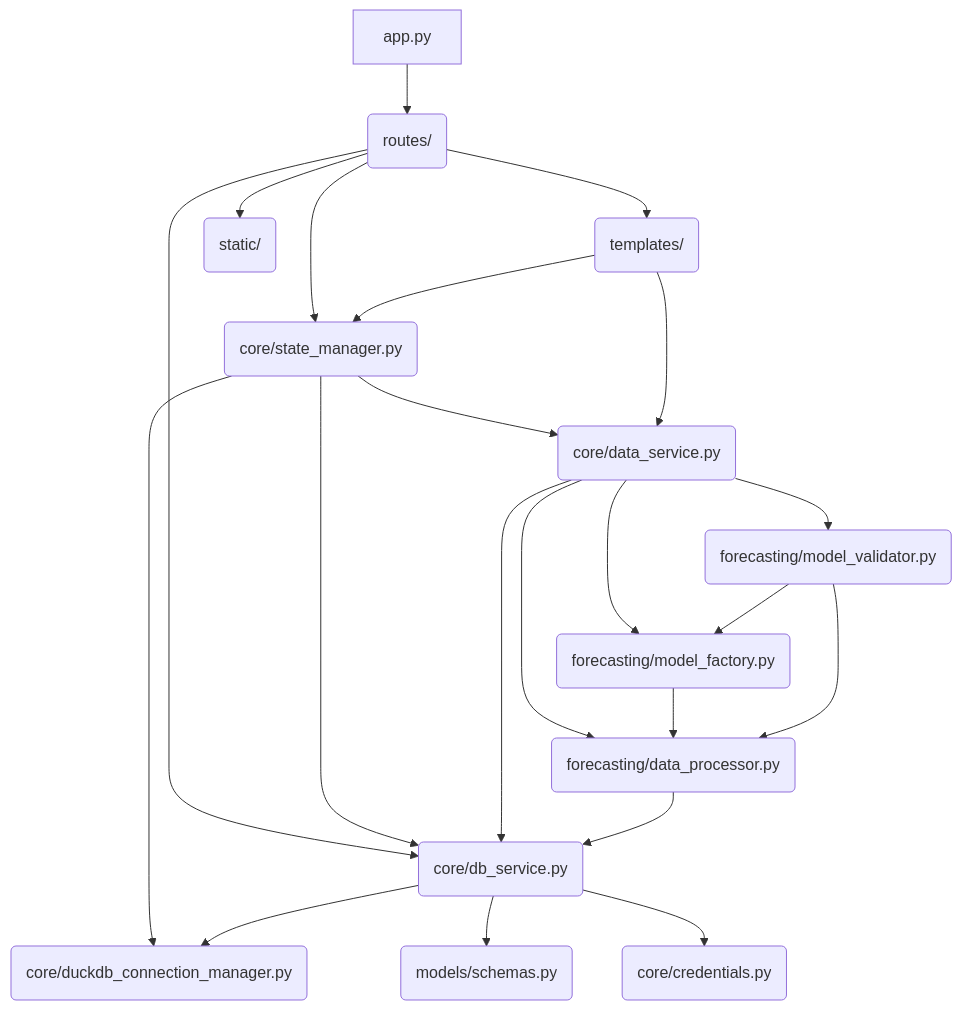
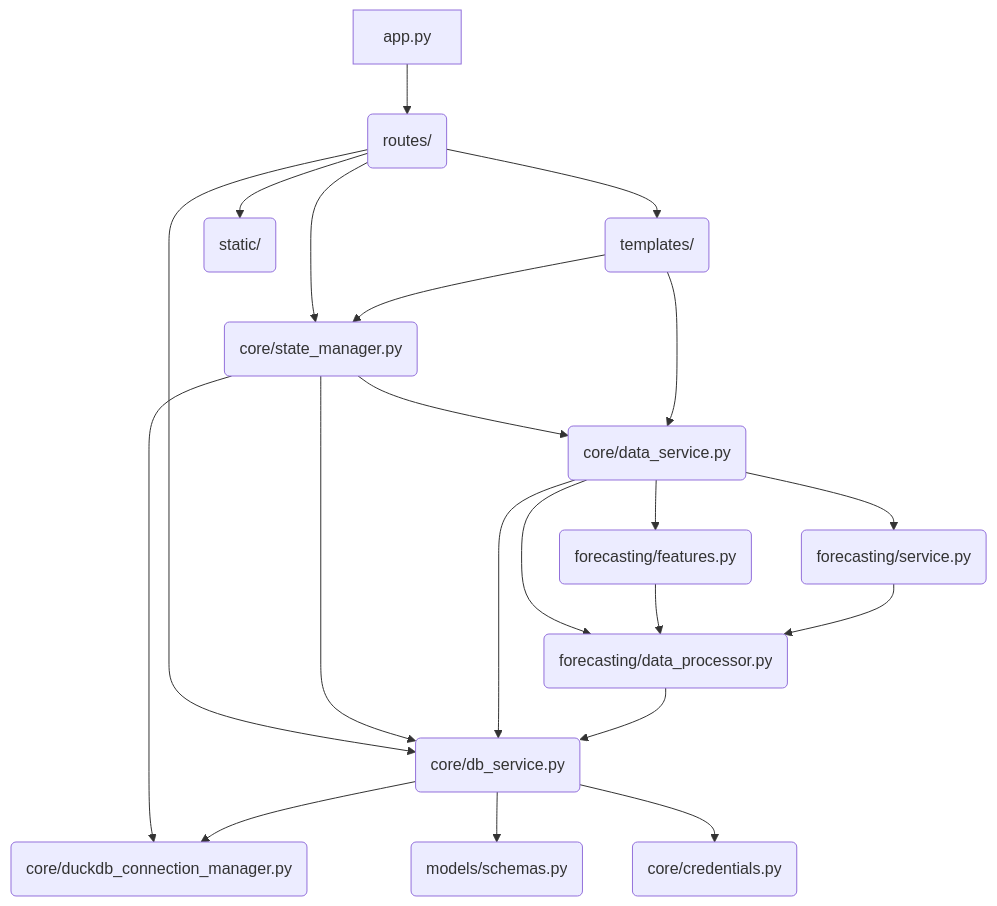
Before and after one commit to mswastik/fa-fcst: the second of 3 diagrams in ARCHITECTURE.md, drawn with Mermaid. The commit also changed other lines of this file and 23 other files, not shown here.

````diff
--- a/ARCHITECTURE.md
+++ b/ARCHITECTURE.md
@@ -60,29 +61,28 @@
 ```mermaid
 graph TD
     A[app.py] --> B(routes/)
     B --> C(core/state_manager.py)
     B --> D(core/db_service.py)
     B --> E(templates/)
     B --> F(static/)
 
     C --> D
     C --> G(core/data_service.py)
     C --> H(core/duckdb_connection_manager.py)
 
     D --> H
     D --> I(models/schemas.py)
     D --> J(core/credentials.py)
 
     G --> D
     G --> K(forecasting/data_processor.py)
-    G --> L(forecasting/model_factory.py)
-    G --> M(forecasting/model_validator.py)
+    G --> L(forecasting/features.py)
+    G --> M(forecasting/service.py)
 
     E --> C
     E --> G
 
     K --> D
     L --> K
     M --> K
-    M --> L
 ```
````
